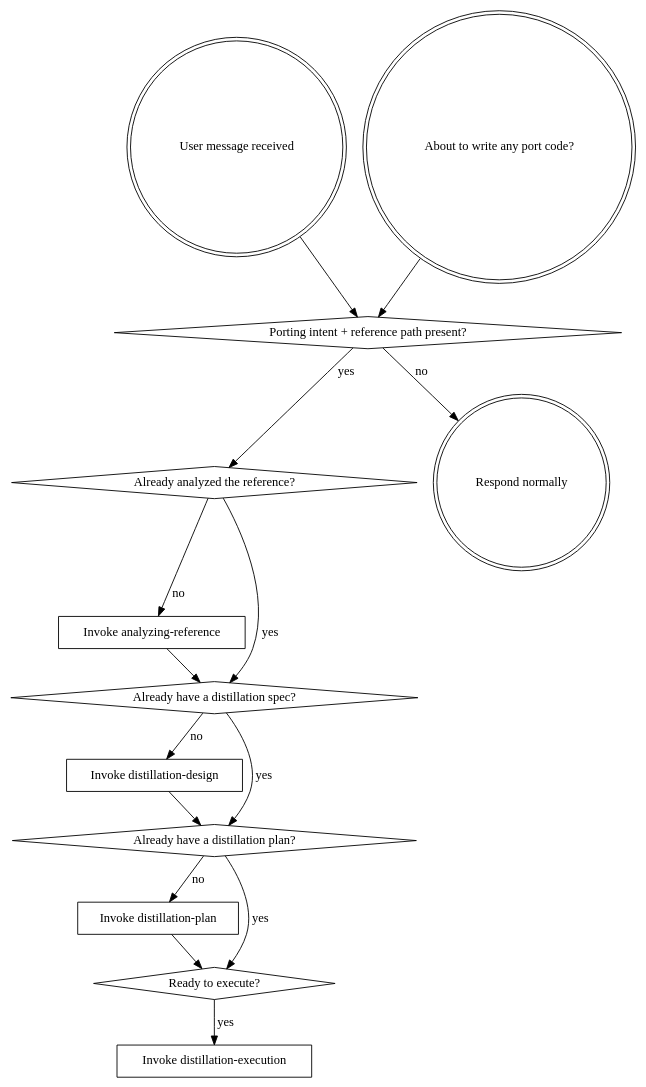
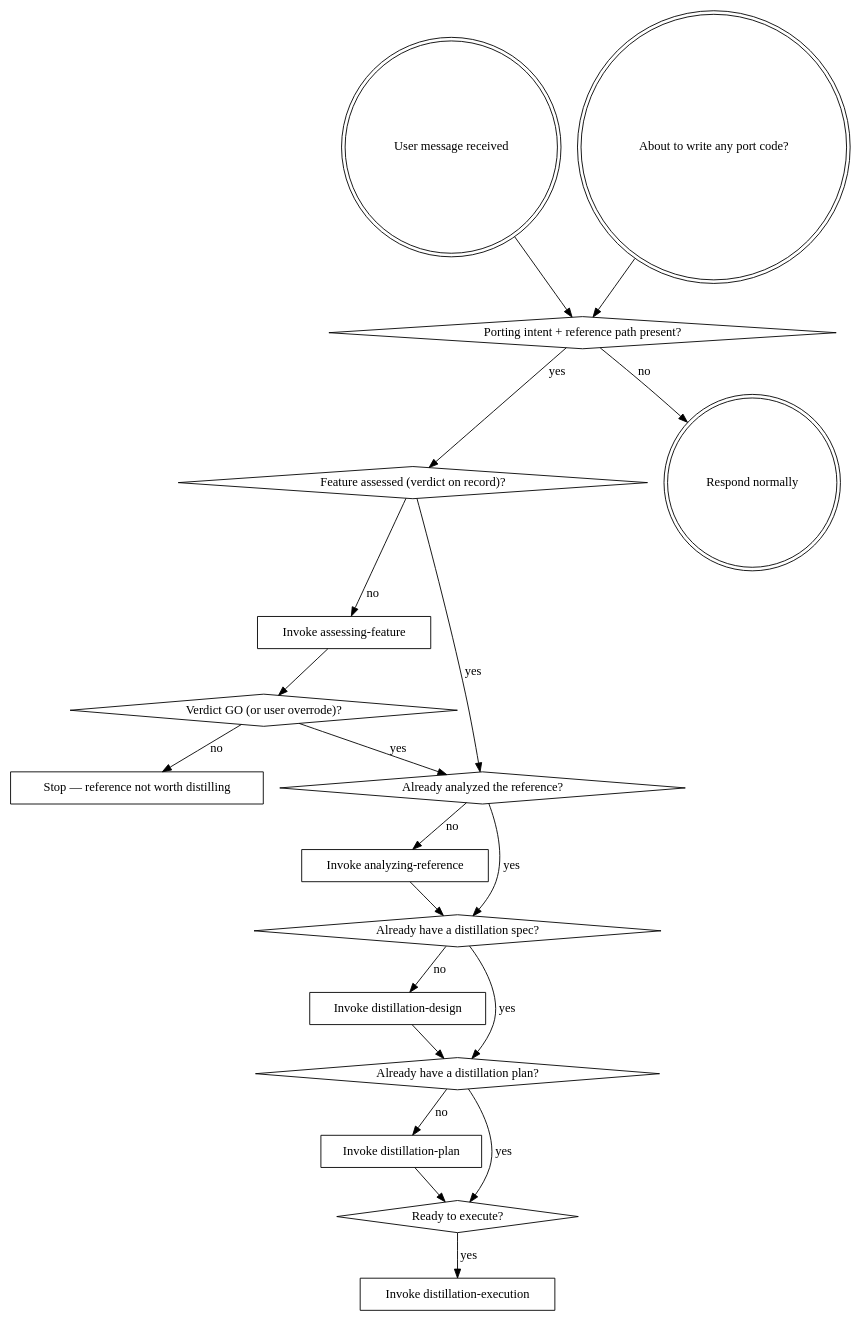
One commit to duongnghia222/code-distilling changed the diagram in skills/using-code-distilling/SKILL.md. Above: the diagram before and after it, drawn with Graphviz. The commit also changed other lines of this file and 3 other files, not shown here.

Commit message:
distill(superpowers/sdd): introduce assessing-feature skill as a go/no-go gate before distillation

````diff
--- a/skills/using-code-distilling/SKILL.md
+++ b/skills/using-code-distilling/SKILL.md
@@ -64,31 +64,40 @@
 ```dot
 digraph distilling_flow {
     "User message received" [shape=doublecircle];
     "About to write any port code?" [shape=doublecircle];
     "Porting intent + reference path present?" [shape=diamond];
+    "Feature assessed (verdict on record)?" [shape=diamond];
+    "Invoke assessing-feature" [shape=box];
+    "Verdict GO (or user overrode)?" [shape=diamond];
+    "Stop — reference not worth distilling" [shape=box];
     "Already analyzed the reference?" [shape=diamond];
     "Invoke analyzing-reference" [shape=box];
     "Already have a distillation spec?" [shape=diamond];
     "Invoke distillation-design" [shape=box];
     "Already have a distillation plan?" [shape=diamond];
     "Invoke distillation-plan" [shape=box];
     "Ready to execute?" [shape=diamond];
     "Invoke distillation-execution" [shape=box];
     "Respond normally" [shape=doublecircle];
 
     "About to write any port code?" -> "Porting intent + reference path present?";
     "User message received" -> "Porting intent + reference path present?";
-    "Porting intent + reference path present?" -> "Already analyzed the reference?" [label="yes"];
+    "Porting intent + reference path present?" -> "Feature assessed (verdict on record)?" [label="yes"];
     "Porting intent + reference path present?" -> "Respond normally" [label="no"];
+    "Feature assessed (verdict on record)?" -> "Invoke assessing-feature" [label="no"];
+    "Feature assessed (verdict on record)?" -> "Already analyzed the reference?" [label="yes"];
+    "Invoke assessing-feature" -> "Verdict GO (or user overrode)?";
+    "Verdict GO (or user overrode)?" -> "Stop — reference not worth distilling" [label="no"];
+    "Verdict GO (or user overrode)?" -> "Already analyzed the reference?" [label="yes"];
     "Already analyzed the reference?" -> "Invoke analyzing-reference" [label="no"];
     "Already analyzed the reference?" -> "Already have a distillation spec?" [label="yes"];
     "Invoke analyzing-reference" -> "Already have a distillation spec?";
     "Already have a distillation spec?" -> "Invoke distillation-design" [label="no"];
     "Already have a distillation spec?" -> "Already have a distillation plan?" [label="yes"];
     "Invoke distillation-design" -> "Already have a distillation plan?";
     "Already have a distillation plan?" -> "Invoke distillation-plan" [label="no"];
     "Already have a distillation plan?" -> "Ready to execute?" [label="yes"];
     "Invoke distillation-plan" -> "Ready to execute?";
     "Ready to execute?" -> "Invoke distillation-execution" [label="yes"];
 }
 ```
````
